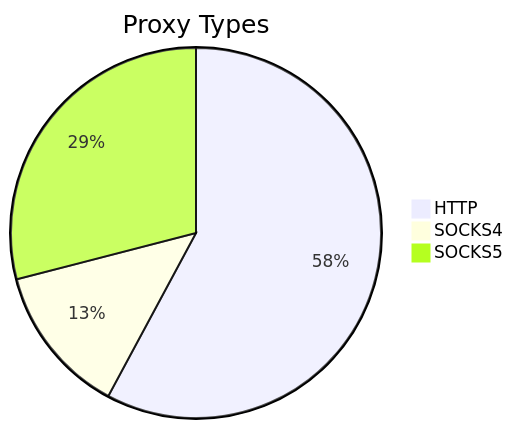
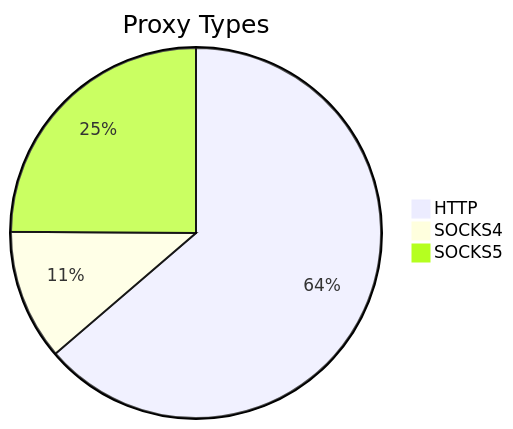
Before and after one commit to stormsia/proxy-list: the first of 2 diagrams in README.md, drawn with Mermaid. The commit also changed other lines of this file, not shown here.

````diff
--- a/README.md
+++ b/README.md
@@ -21,6 +21,6 @@
 ```mermaid
 pie title Proxy Types
-    "HTTP" : 291
-    "SOCKS4" : 66
-    "SOCKS5" : 146
+    "HTTP" : 430
+    "SOCKS4" : 77
+    "SOCKS5" : 168
 ```
````
